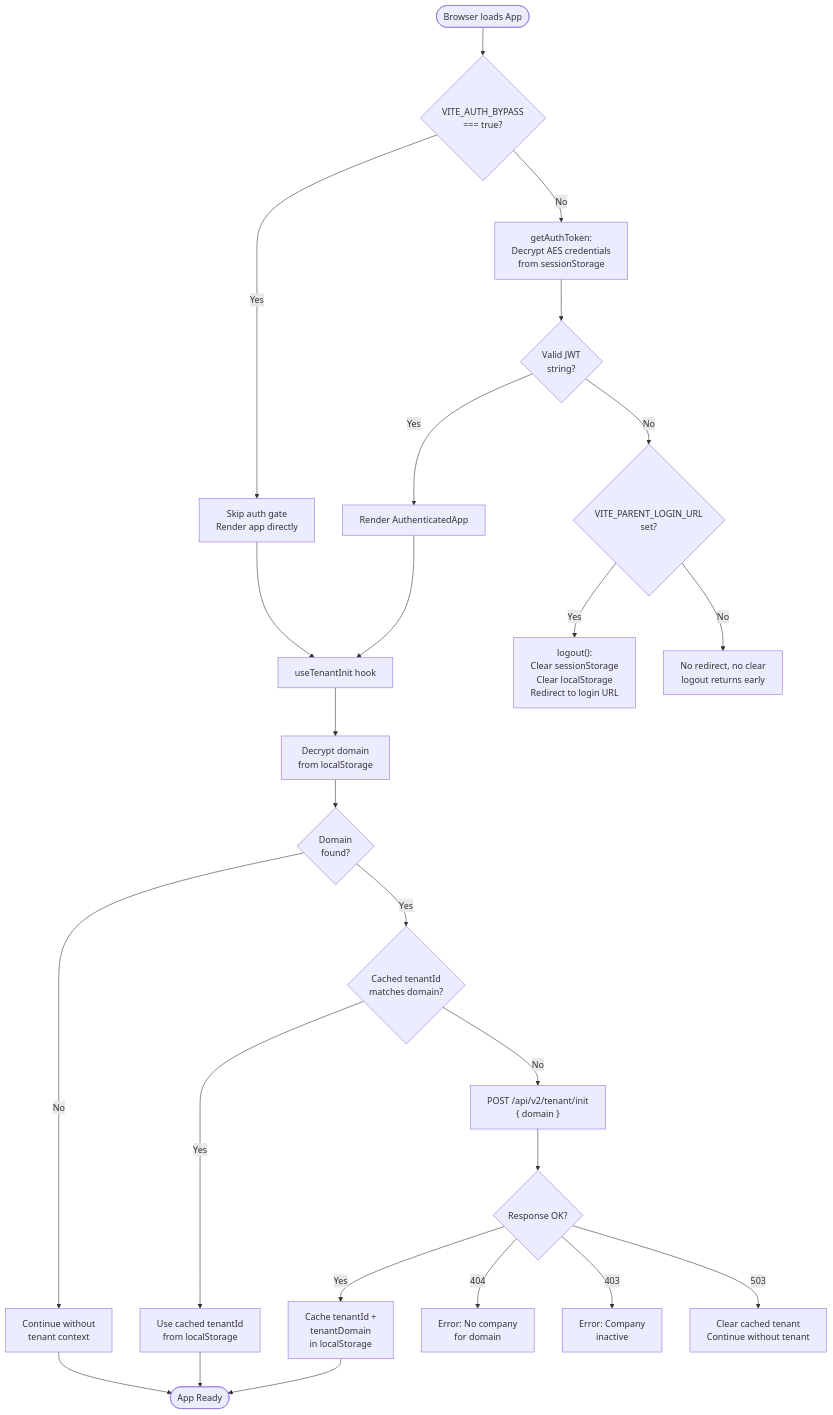
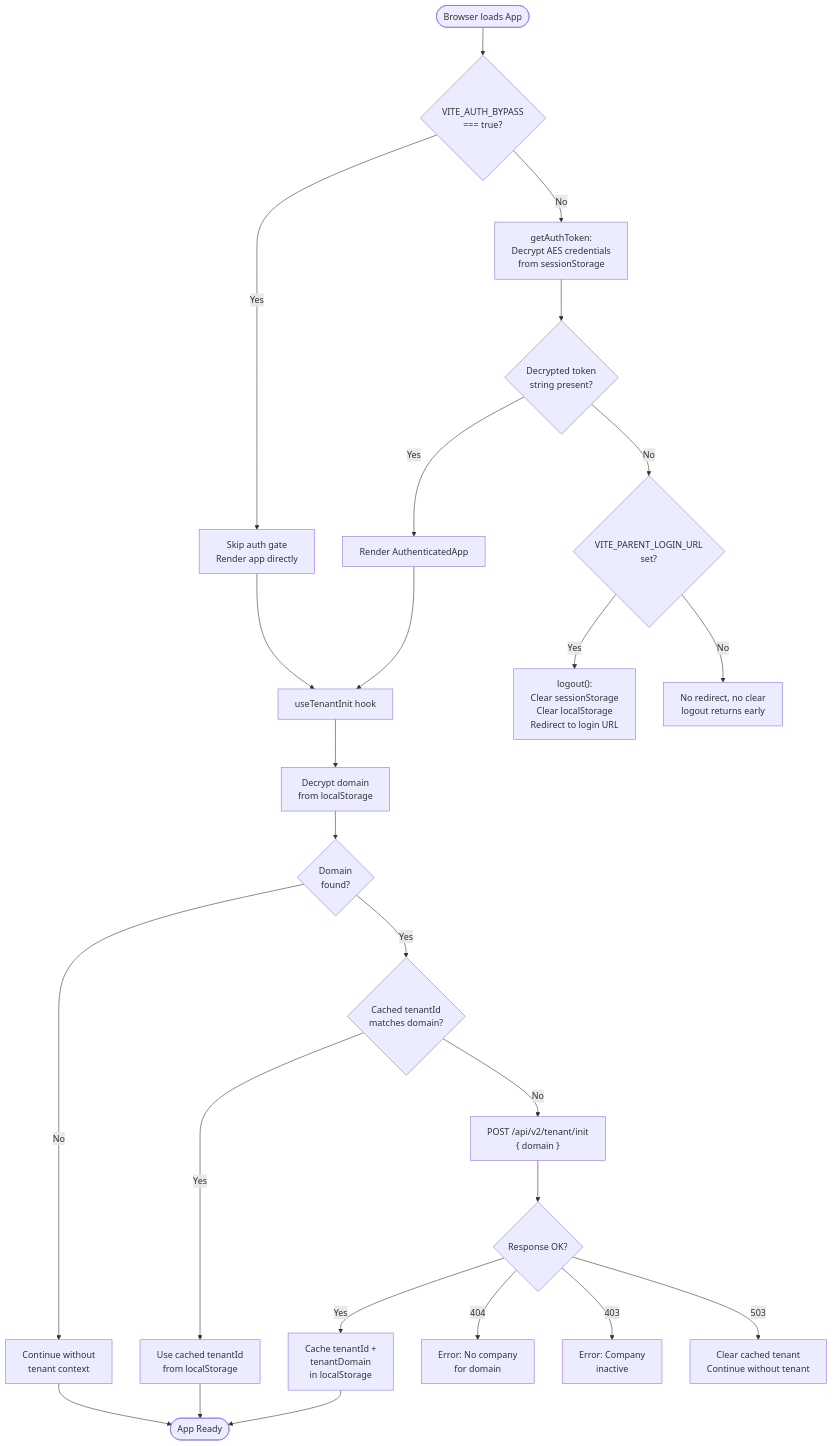
The first of 4 diagrams in docs/jwt-authentication-flow.md (safe-lanes/crewdevnov12), drawn with Mermaid before and after one commit. The commit also changed other lines of this file, not shown here.

First line of the commit message:
Task #190: Create Mermaid diagram of JWT authentication & domain flow

````diff
--- a/docs/jwt-authentication-flow.md
+++ b/docs/jwt-authentication-flow.md
@@ -13,32 +13,32 @@
 ```mermaid
 flowchart TD
     Start([Browser loads App]) --> BypassCheck{VITE_AUTH_BYPASS\n=== true?}
 
     BypassCheck -- Yes --> SkipAuth[Skip auth gate\nRender app directly]
     BypassCheck -- No --> GetToken[getAuthToken:\nDecrypt AES credentials\nfrom sessionStorage]
 
-    GetToken --> HasToken{Valid JWT\nstring?}
+    GetToken --> HasToken{Decrypted token\nstring present?}
     HasToken -- Yes --> RenderAuth[Render AuthenticatedApp]
     HasToken -- No --> HasLoginURL{VITE_PARENT_LOGIN_URL\nset?}
     HasLoginURL -- Yes --> Logout["logout():\nClear sessionStorage\nClear localStorage\nRedirect to login URL"]
     HasLoginURL -- No --> NoOp[No redirect, no clear\nlogout returns early]
 
     RenderAuth --> TenantInit[useTenantInit hook]
     SkipAuth --> TenantInit
 
     TenantInit --> ResolveDomain[Decrypt domain\nfrom localStorage]
     ResolveDomain --> HasDomain{Domain\nfound?}
     HasDomain -- No --> SingleTenant[Continue without\ntenant context]
     HasDomain -- Yes --> CacheCheck{Cached tenantId\nmatches domain?}
     CacheCheck -- Yes --> UseCached[Use cached tenantId\nfrom localStorage]
     CacheCheck -- No --> InitAPI["POST /api/v2/tenant/init\n{ domain }"]
     InitAPI --> InitOK{Response OK?}
     InitOK -- Yes --> CacheTenant[Cache tenantId +\ntenantDomain\nin localStorage]
     InitOK -- "404" --> ErrNotFound[Error: No company\nfor domain]
     InitOK -- "403" --> ErrInactive[Error: Company\ninactive]
     InitOK -- "503" --> ErrUnavail[Clear cached tenant\nContinue without tenant]
 
     CacheTenant --> AppReady([App Ready])
     UseCached --> AppReady
     SingleTenant --> AppReady
 ```
````
